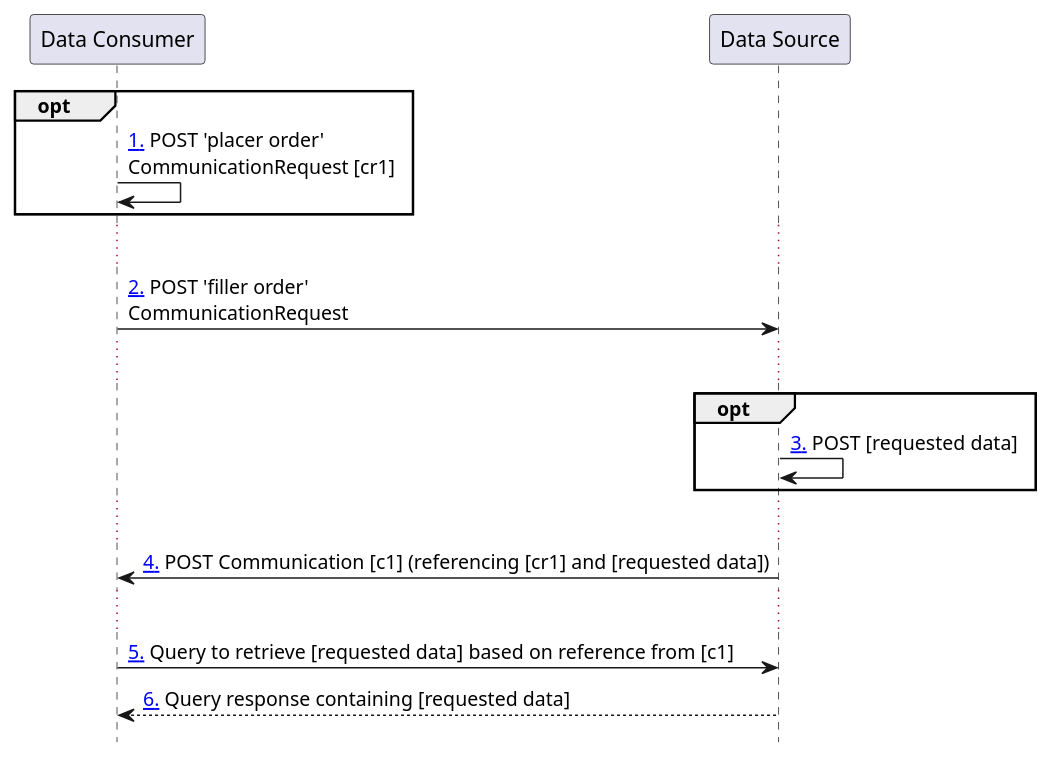
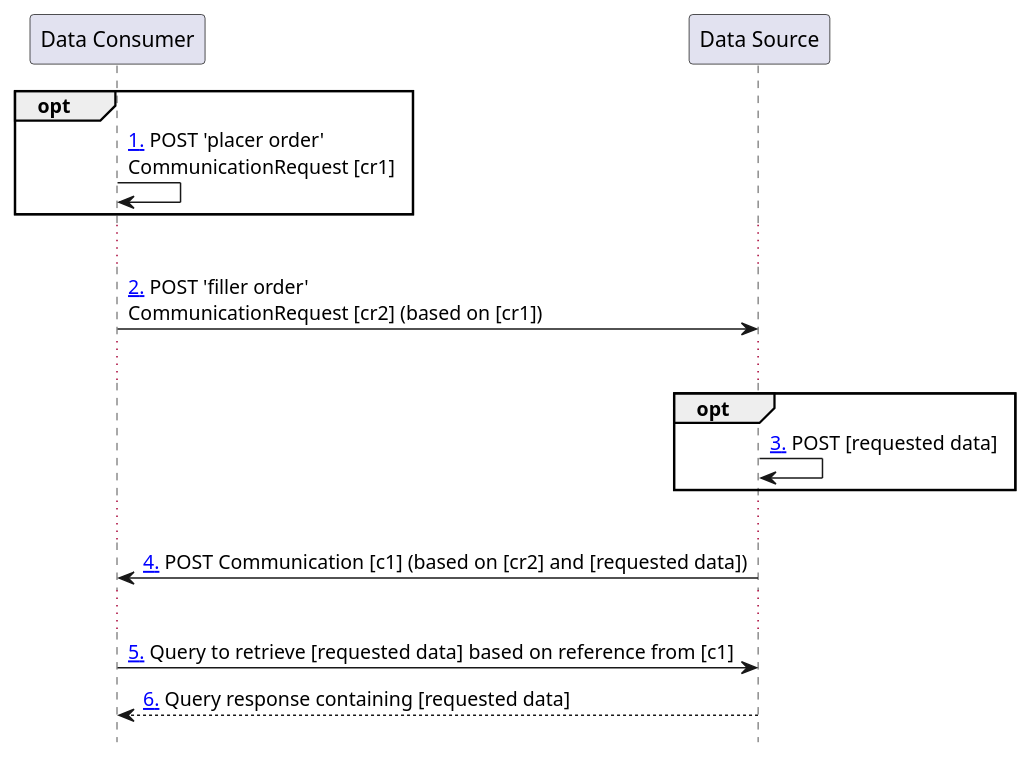
One commit to HL7/davinci-ehrx changed the diagram in input/images-source/communicationrequest-post-query.plantuml. Above: the diagram before and after it, drawn with PlantUML. The commit also changed 12 other files, not shown here.

Commit message:
Diagram corrections, added task diagram

```diff
--- a/input/images-source/communicationrequest-post-query.plantuml
+++ b/input/images-source/communicationrequest-post-query.plantuml
@@ -1,19 +1,19 @@
 @startuml
 hide footbox
 participant "Data Consumer" as Consumer
 participant "Data Source" as Source
 opt
 Consumer -> Consumer: [[#cr-post-b1 1.]] POST 'placer order'\nCommunicationRequest [cr1]
 end
 ...
-Consumer -> Source: [[#cr-post-b2 2.]] POST 'filler order'\nCommunicationRequest
+Consumer -> Source: [[#cr-post-b2 2.]] POST 'filler order'\nCommunicationRequest [cr2] (based on [cr1])
 ...
 opt
-Source-> Source: [[#cr-post-b3 3.]] POST [requested data]
+Source -> Source: [[#cr-post-b3 3.]] POST [requested data]
 end
 ...
-Source-> Consumer: [[#cr-post-b4 4.]] POST Communication [c1] (referencing [cr1] and [requested data])
+Source -> Consumer: [[#cr-post-b4 4.]] POST Communication [c1] (based on [cr2] and [requested data])
 ...
 Consumer -> Source: [[#cr-post-b5 5.]] Query to retrieve [requested data] based on reference from [c1]
 Consumer <-- Source: [[#cr-post-b6 6.]] Query response containing [requested data]
 @enduml
```
